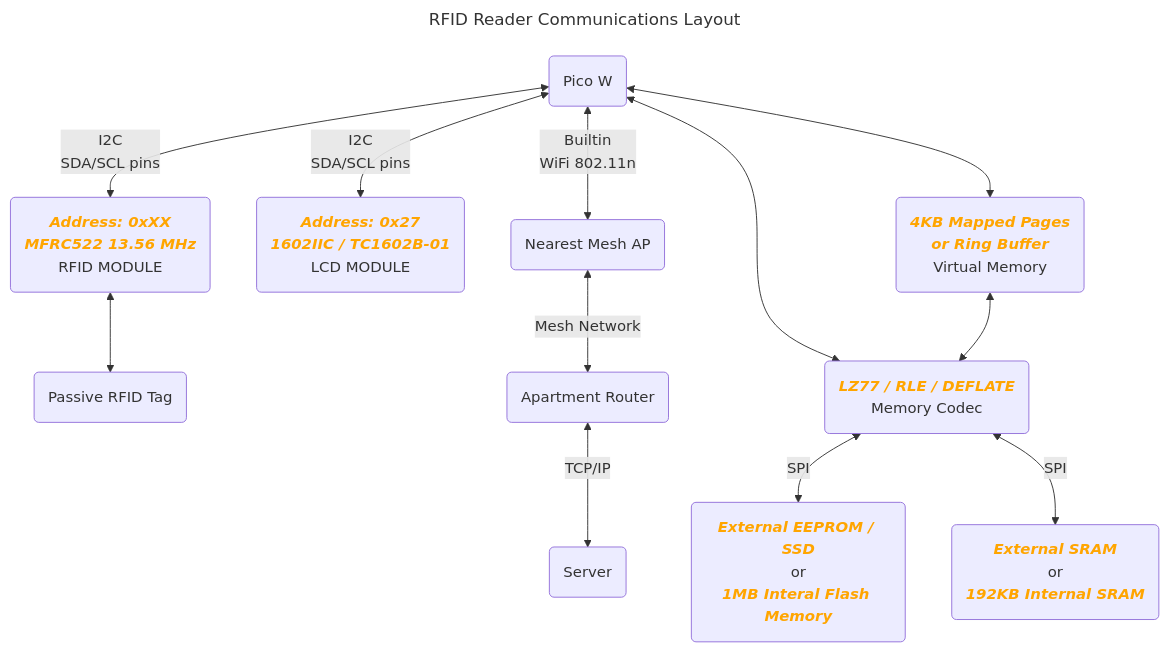
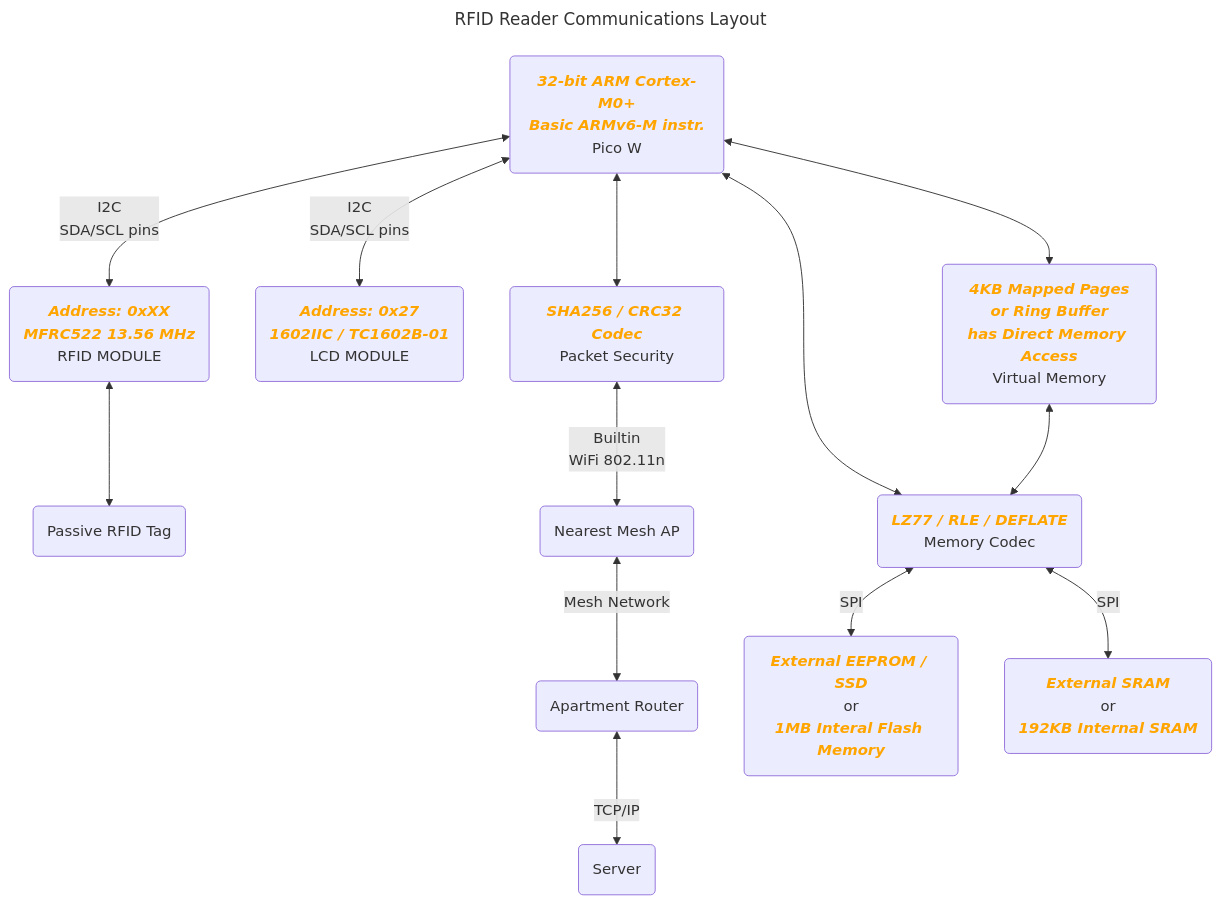
Before and after one commit to Rackhamn/iot_arch_project1: the fourth of 5 diagrams in README.md, drawn with Mermaid.

Commit message:
Reorder RFID Reader Comm

````diff
--- a/README.md
+++ b/README.md
@@ -162,18 +162,19 @@
 ```mermaid
 ---
 title: RFID Reader Communications Layout
 ---
 graph
-    PICO("Pico W") <-- I2C<br/>SDA/SCL pins --> RFID_MODULE("<b style="color: orange;"><i>Address: 0xXX<br/>MFRC522 13.56 MHz</i></b><br/>RFID MODULE")
+    PICO("<b style="color: orange;"><i>32-bit ARM Cortex-M0+<br/>Basic ARMv6-M instr.</i></b><br/>Pico W") <-- I2C<br/>SDA/SCL pins --> RFID_MODULE("<b style="color: orange;"><i>Address: 0xXX<br/>MFRC522 13.56 MHz</i></b><br/>RFID MODULE")
     PICO <-- I2C<br/>SDA/SCL pins --> LCD_MODULE("<b style="color: orange;"><i>Address: 0x27<br/>1602IIC / TC1602B-01</i></b><br/>LCD MODULE")
     RFID_MODULE <--> RFID_PTAG(Passive RFID Tag)
-    PICO <-- Builtin<br/>WiFi 802.11n --> MESH_AP(Nearest Mesh AP)
+    PICO <--> SHA256_CODEC("<b style="color: orange;"><i>SHA256 / CRC32 Codec</i></b><br/>Packet Security")
+    SHA256_CODEC <-- Builtin<br/>WiFi 802.11n --> MESH_AP(Nearest Mesh AP)
     MESH_AP <-- Mesh Network --> ROUTER(Apartment Router)
     ROUTER <-- TCP/IP --> Server(Server)
     PICO <--> MEMORY_CODEC("<b style="color: orange;"><i>LZ77 / RLE / DEFLATE</i></b><br/>Memory Codec")
     MEMORY_CODEC <-- SPI --> EEPROM("<b style="color: orange;"><i>External EEPROM / SSD</i></b><br/>or<br/><b style="color: orange;"><i>1MB Interal Flash Memory</i></b><br/>")
     MEMORY_CODEC <-- SPI --> RAM("<b style="color: orange;"><i>External SRAM</i></b><br/>or<br/><b style="color: orange;"><i>192KB Internal SRAM</i></b><br/>")
-    PICO <--> VTABLE("<b style="color: orange;"><i>4KB Mapped Pages<br/>or Ring Buffer</i></b><br/>Virtual Memory")
+    PICO <--> VTABLE("<b style="color: orange;"><i>4KB Mapped Pages<br/>or Ring Buffer<br/>has Direct Memory Access</i></b><br/>Virtual Memory")
     VTABLE <--> MEMORY_CODEC
   %% <p style="color: orange;"><b><i>Redis</i></b></p>
 ```
````
